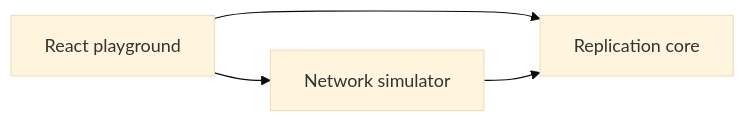
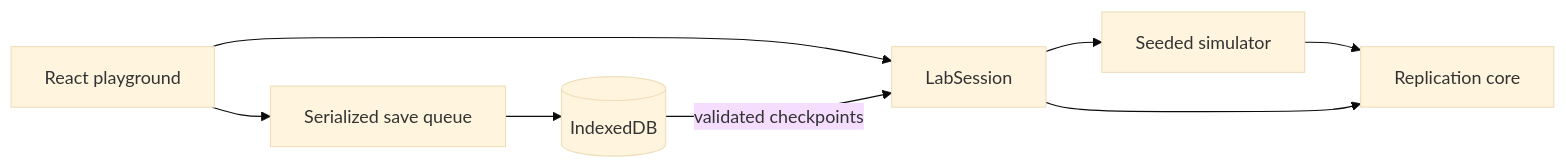
The diagram in README.md (ethanclarke0705/ReplicaLab), drawn with Mermaid (base theme) before and after one commit. The commit also changed other lines of this file and 12 other files, not shown here.

````diff
--- a/README.md
+++ b/README.md
@@ -100,6 +51,10 @@
 ```mermaid
 flowchart LR
-  Playground[React playground] --> Simulator[Network simulator]
-  Playground --> Core[Replication core]
-  Simulator --> Core
+  UI[React playground] --> Session[LabSession]
+  Session --> Simulator[Seeded simulator]
+  Simulator --> Core[Replication core]
+  Session --> Core
+  UI --> Queue[Serialized save queue]
+  Queue --> DB[(IndexedDB)]
+  DB -->|validated checkpoints| Session
 ```
````
